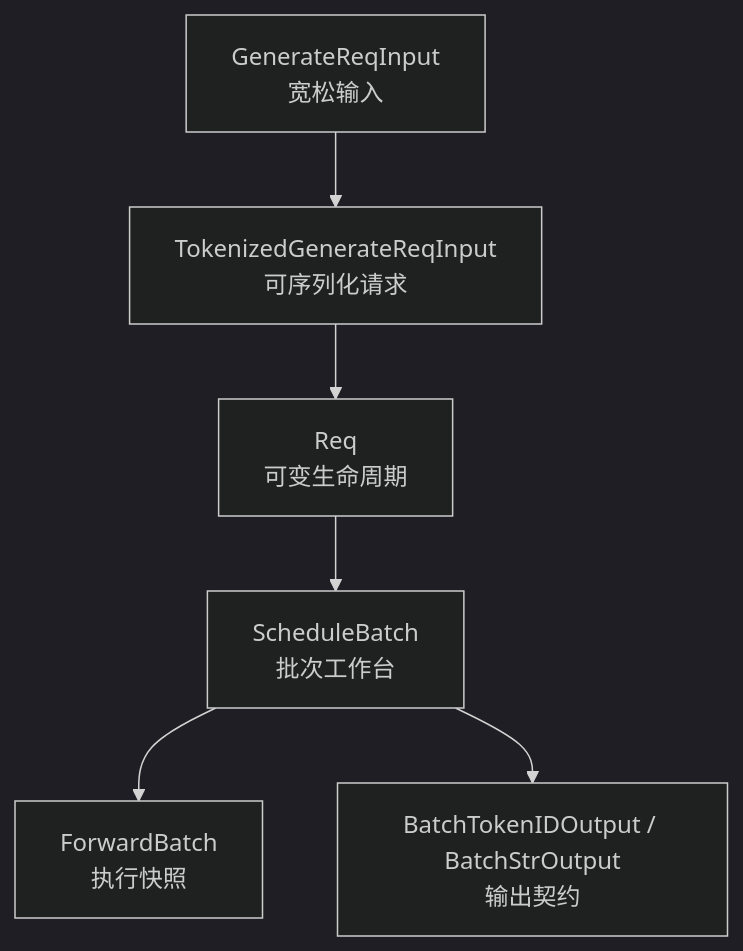
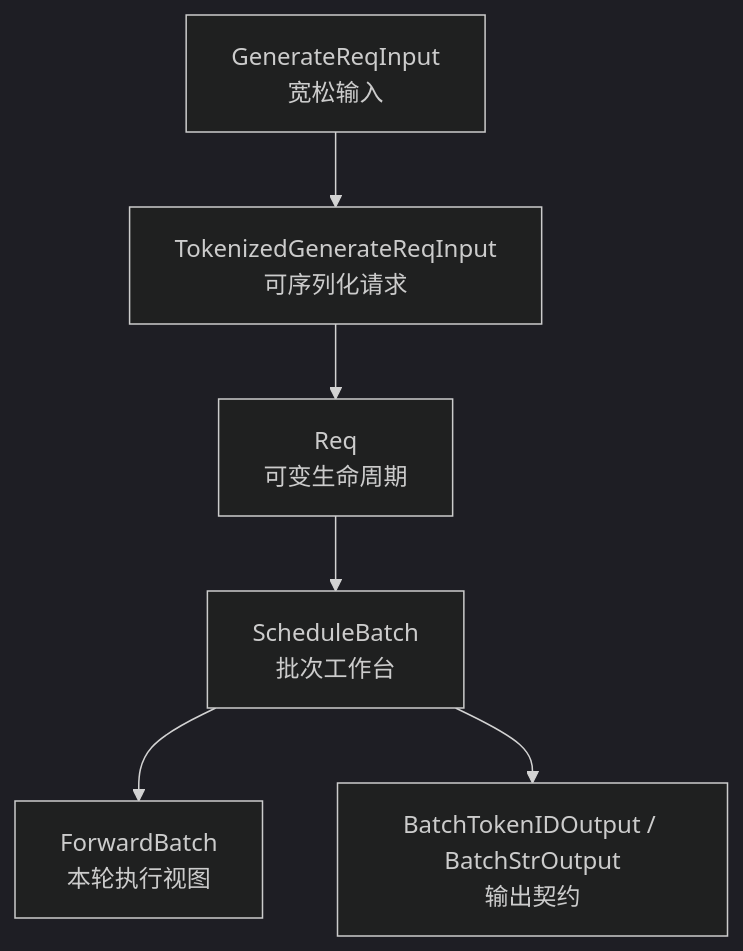
One commit to OnlyHero5/sglang-reading-vault changed the diagram in sglang_reading/请求调度/ScheduleBatch数据结构/SGLang-ScheduleBatch数据结构-核心概念.md. Above: the diagram before and after it, drawn with Mermaid (dark theme). The commit also changed other lines of this file and 512 other files, not shown here.

````diff
--- a/sglang_reading/请求调度/ScheduleBatch数据结构/SGLang-ScheduleBatch数据结构-核心概念.md
+++ b/sglang_reading/请求调度/ScheduleBatch数据结构/SGLang-ScheduleBatch数据结构-核心概念.md
@@ -41,12 +41,12 @@
 ```mermaid
 flowchart TB
     G["GenerateReqInput<br/>宽松输入"]
     T["TokenizedGenerateReqInput<br/>可序列化请求"]
     R["Req<br/>可变生命周期"]
     S["ScheduleBatch<br/>批次工作台"]
-    F["ForwardBatch<br/>执行快照"]
+    F["ForwardBatch<br/>本轮执行视图"]
     O["BatchTokenIDOutput / BatchStrOutput<br/>输出契约"]
 
     G --> T --> R --> S --> F
     S --> O
 ```
````
